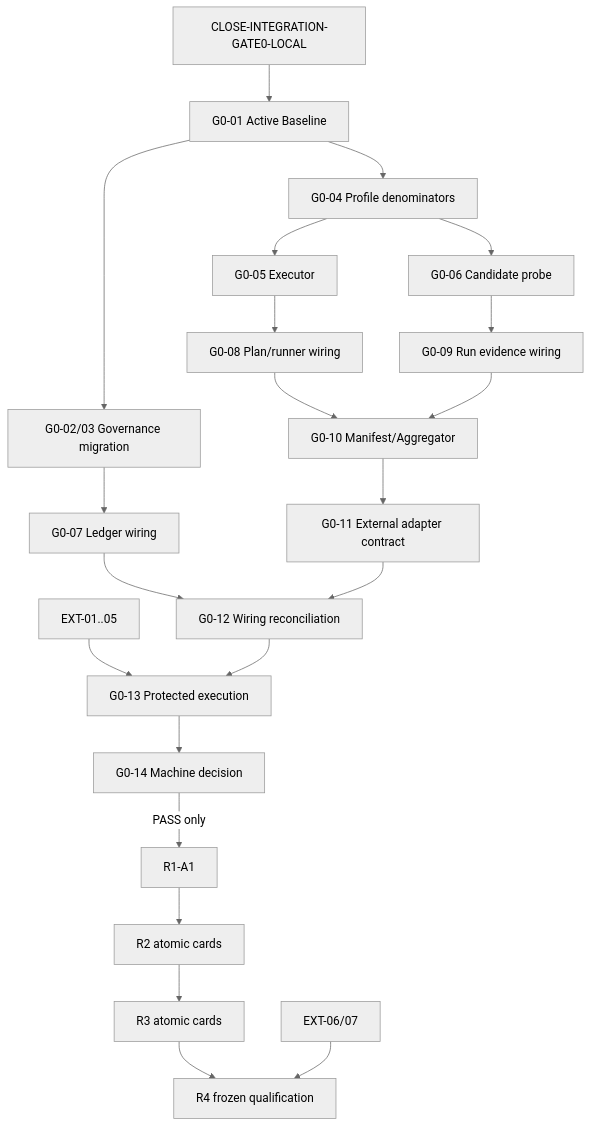
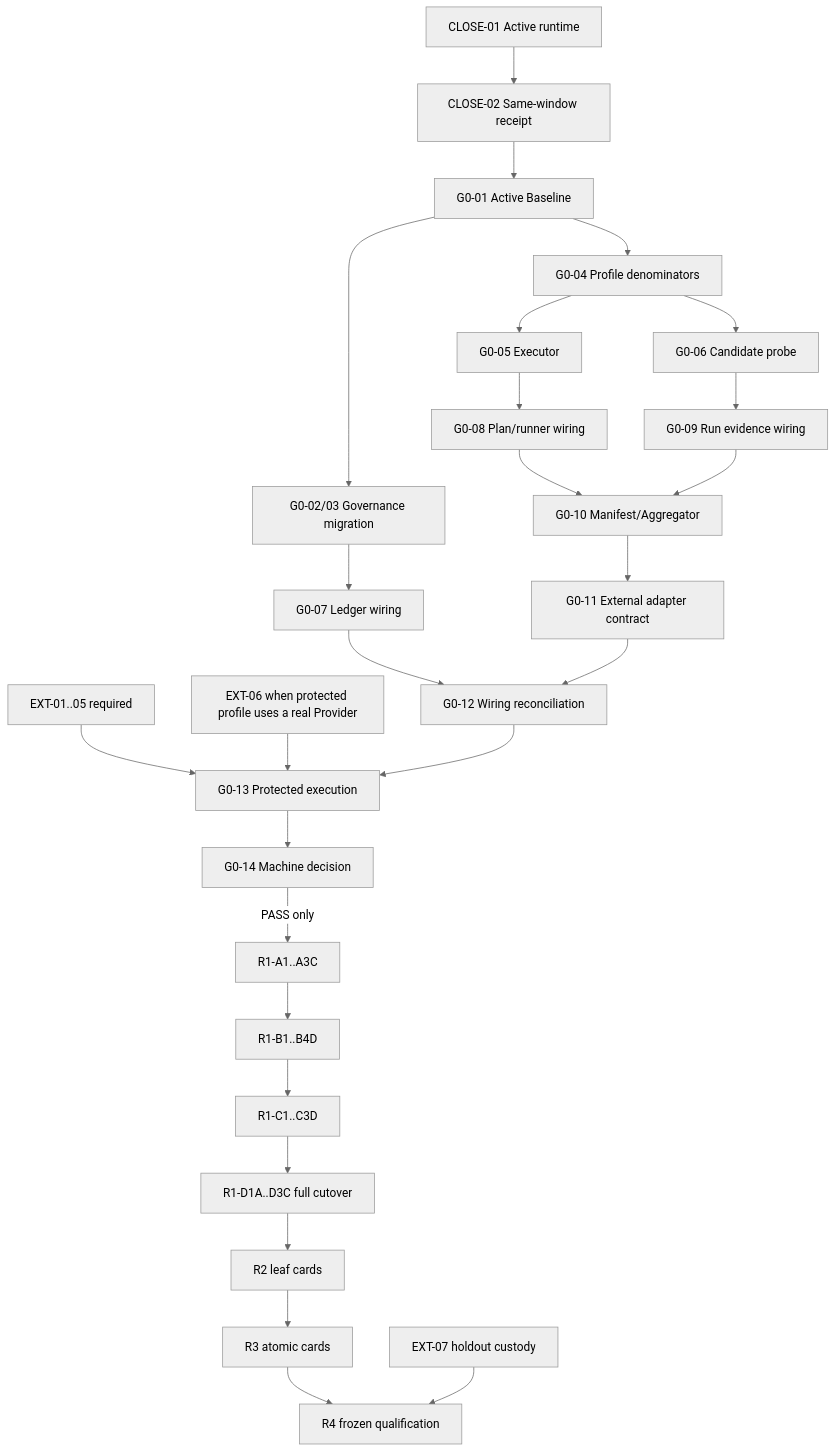
One commit to FrankFdb/devseek changed the diagram in docs/top-agent-convergence-audit-20260711/14-未完成事项与后续整体迭代计划.md. Above: the diagram before and after it, drawn with Mermaid (neutral theme). The commit also changed other lines of this file and 21 other files, not shown here.

````diff
--- a/docs/top-agent-convergence-audit-20260711/14-未完成事项与后续整体迭代计划.md
+++ b/docs/top-agent-convergence-audit-20260711/14-未完成事项与后续整体迭代计划.md
@@ -173,24 +407,29 @@
 ```mermaid
 flowchart TD
-    Z[CLOSE-INTEGRATION-GATE0-LOCAL] --> A1[G0-01 Active Baseline]
+    Z1[CLOSE-01 Active runtime] --> Z2[CLOSE-02 Same-window receipt]
+    Z2 --> A1[G0-01 Active Baseline]
     A1 --> A2[G0-02/03 Governance migration]
     A1 --> P[G0-04 Profile denominators]
     P --> E[G0-05 Executor]
     P --> C[G0-06 Candidate probe]
     A2 --> L[G0-07 Ledger wiring]
     E --> R[G0-08 Plan/runner wiring]
     C --> RE[G0-09 Run evidence wiring]
     R --> AG[G0-10 Manifest/Aggregator]
     RE --> AG
     AG --> AD[G0-11 External adapter contract]
     L --> W[G0-12 Wiring reconciliation]
     AD --> W
-    X[EXT-01..05] --> PR[G0-13 Protected execution]
+    X[EXT-01..05 required] --> PR[G0-13 Protected execution]
+    X6[EXT-06 when protected profile uses a real Provider] --> PR
     W --> PR
     PR --> MD[G0-14 Machine decision]
-    MD -->|PASS only| R1[R1-A1]
-    R1 --> R2[R2 atomic cards]
+    MD -->|PASS only| R1A[R1-A1..A3C]
+    R1A --> R1B[R1-B1..B4D]
+    R1B --> R1C[R1-C1..C3D]
+    R1C --> R1D[R1-D1A..D3C full cutover]
+    R1D --> R2[R2 leaf cards]
     R2 --> R3[R3 atomic cards]
     R3 --> R4[R4 frozen qualification]
-    X2[EXT-06/07] --> R4
+    X7[EXT-07 holdout custody] --> R4
 ```
````
